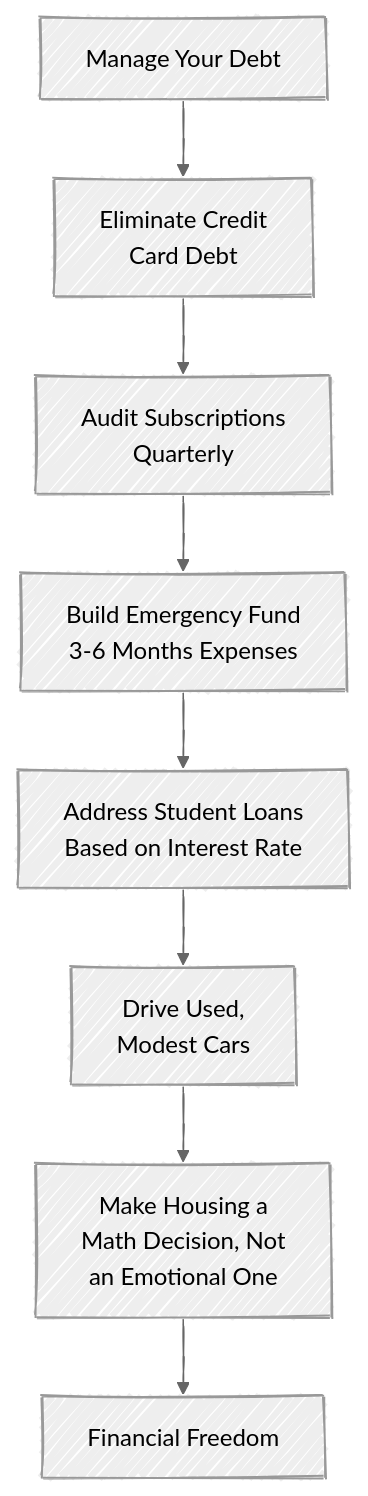
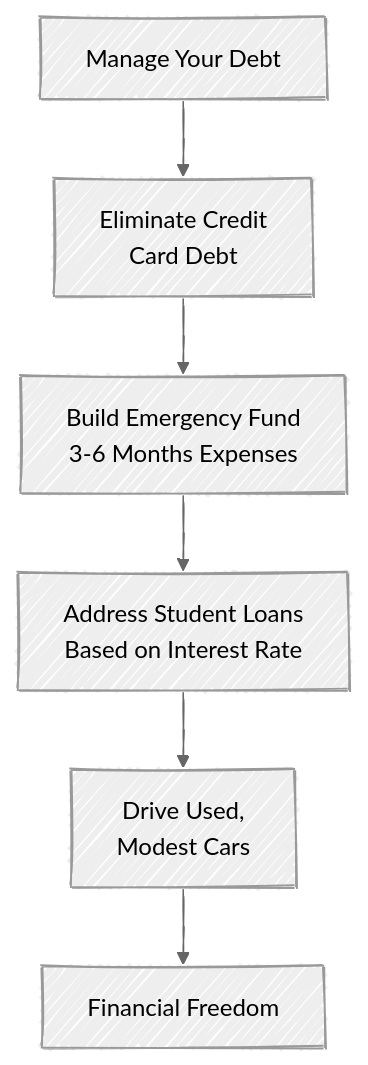
Before and after one commit to mjfrigaard/fm-finance: the fourth of 5 diagrams in managing_debt.qmd, drawn with Mermaid. The commit also changed other lines of this file and 14 other files, not shown here.

````diff
--- a/managing_debt.qmd
+++ b/managing_debt.qmd
@@ -230,14 +155,12 @@
 ```{mermaid}
 %%| fig-cap: 'Put It All Together'
 %%| fig-align: center
 %%{init: {'theme': 'neutral', 'look': 'handDrawn', 'themeVariables': { 'fontFamily': 'monospace', "fontSize":"16px"}}}%%
 
 flowchart TD
     Start[Manage Your Debt] --> Step1["Eliminate Credit<br>Card Debt"]
-    Step1 --> Step2["Audit Subscriptions<br>Quarterly"]
-    Step2 --> Step3["Build Emergency Fund<br>3-6 Months Expenses"]
-    Step3 --> Step4["Address Student Loans<br>Based on Interest Rate"]
-    Step4 --> Step5["Drive Used,<br>Modest Cars"]
-    Step5 --> Step6["Make Housing a<br>Math Decision, Not<br>an Emotional One"]
-    Step6 --> Freedom["Financial Freedom"]
+    Step1 --> Step2["Build Emergency Fund<br>3-6 Months Expenses"]
+    Step2 --> Step3["Address Student Loans<br>Based on Interest Rate"]
+    Step3 --> Step4["Drive Used,<br>Modest Cars"]
+    Step4 --> Freedom["Financial Freedom"]
 ```
````
